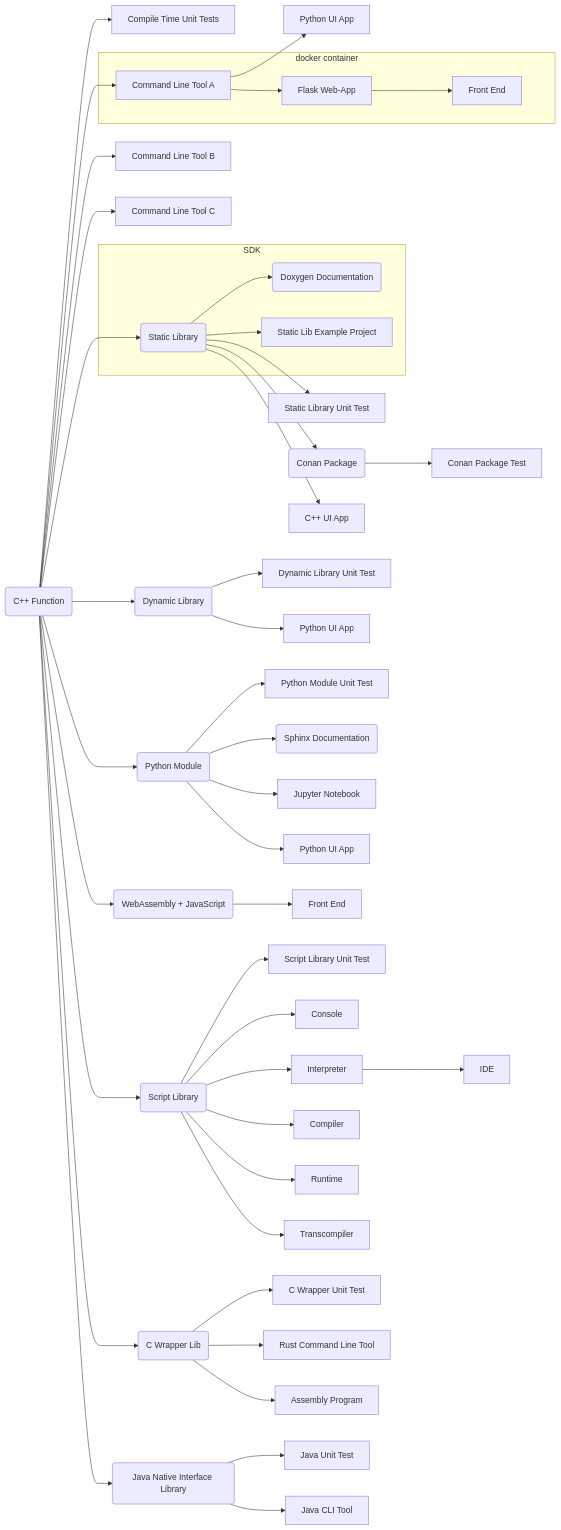
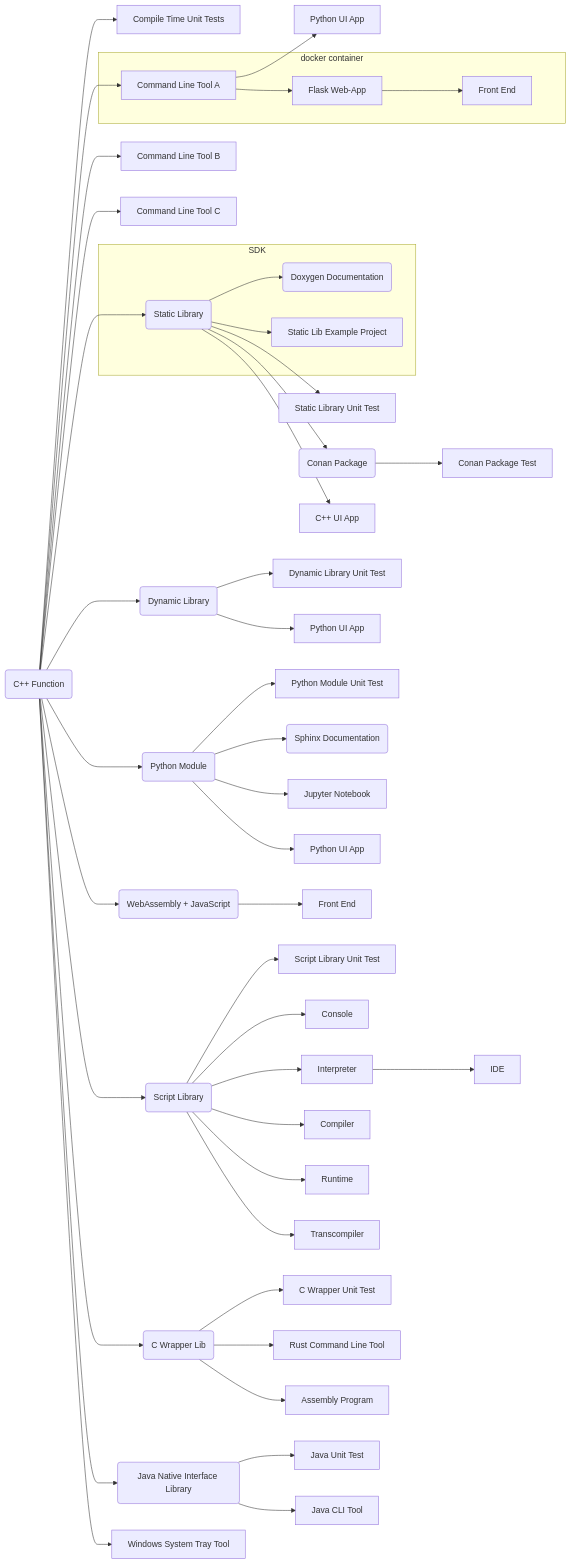
Before and after one commit to SebastianBach/full-stack: the diagram in README.md, drawn with Mermaid. The commit also changed other lines of this file and 7 other files, not shown here.

Commit message:
win system tray utility

````diff
--- a/README.md
+++ b/README.md
@@ -54,64 +55,66 @@
 ```mermaid
   flowchart LR;
 
     F(C++ Function) --> CUT[Compile Time Unit Tests];
 
     F --> CLI1[Command Line Tool A]
     F --> CLI2[Command Line Tool B]
     F --> CLI3[Command Line Tool C]
 
     CLI1 --> PYAPP2[Python UI App]
 
     F --> LIB(Static Library)
     
     subgraph SDK
     LIB --> DOXYGEN(Doxygen Documentation)
     LIB --> LIBEX[Static Lib Example Project]
     end
 
     LIB --> LIBTEST[Static Library Unit Test]
     LIB --> C(Conan Package)
 
     LIB --> QTCPP[C++ UI App]
 
     F --> DLL(Dynamic Library)
     DLL --> DLLTEST[Dynamic Library Unit Test]
     DLL --> QTPYDLL[Python UI App]
 
     C --> CT[Conan Package Test]
 
     F --> PY(Python Module)
 
     subgraph docker container
     CLI1 --> SERVER[Flask Web-App]
     SERVER --> FRONT[Front End]
     end
 
     PY --> PYTEST[Python Module Unit Test]
     PY --> SPHINX(Sphinx Documentation)
     PY --> NOTEBOOK[Jupyter Notebook] 
     PY --> PYAPP[Python UI App]
 
     F --> WASM(WebAssembly + JavaScript)
 
     WASM --> WASMF[Front End]
 
     F --> SCRIPTLIB(Script Library)
 
     SCRIPTLIB --> SCRIPT_TEST[Script Library Unit Test]
     SCRIPTLIB --> SCRIPT_CONSOLE[Console]
     SCRIPTLIB --> SCRIPT_INTERPRETER[Interpreter]
     SCRIPT_INTERPRETER --> SCRIPT_IDE[IDE]
     SCRIPTLIB --> SCRIPT_COMPILER[Compiler]
     SCRIPTLIB --> SCRIPT_RUNTIME[Runtime]
     SCRIPTLIB --> SCRIPT_CONVERT[Transcompiler]
 
     F --> CWRAPPER(C Wrapper Lib)
     CWRAPPER --> CWRAPPER_TEST[C Wrapper Unit Test]
     CWRAPPER --> RUST_APP[Rust Command Line Tool]  
     CWRAPPER --> ASM[Assembly Program] 
 
     F --> JAVA_LIB(Java Native Interface Library)
     JAVA_LIB --> JAVA_UNIT_TEST[Java Unit Test]  
     JAVA_LIB --> JAVA_APP[Java CLI Tool] 
+
+    F --> WIN_TRAY[Windows System Tray Tool]
 ```
````
